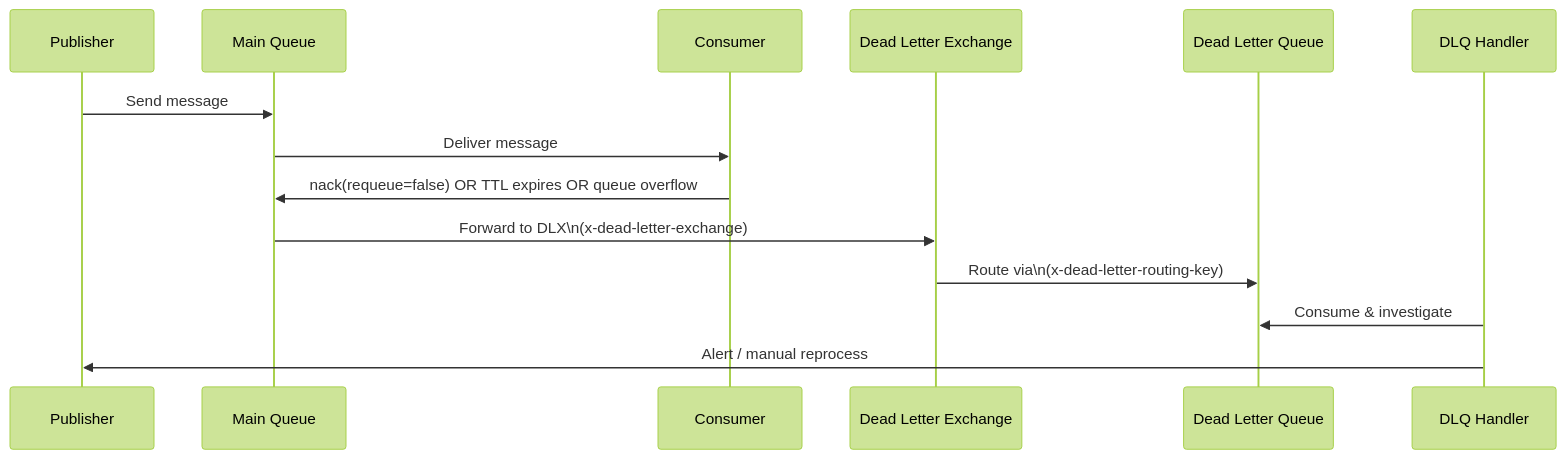
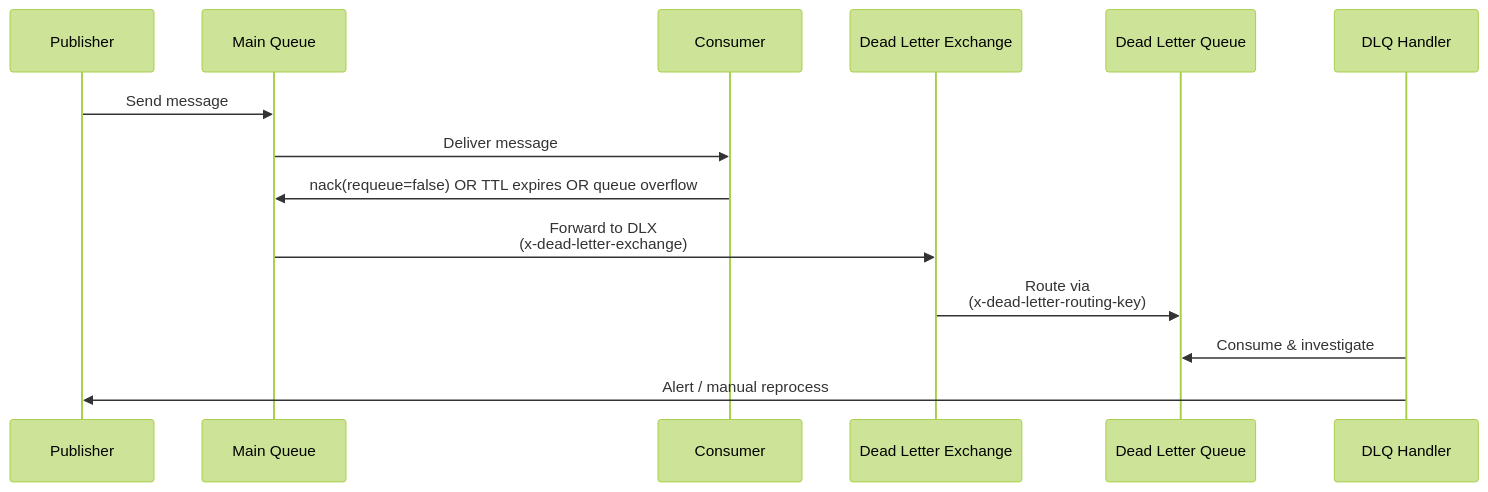
The ninth of 15 diagrams in quartz/content/Microservices-Patterns/RabbitMQ-Configuration-Deep-Dive.md (dangthobach/dangthobach.github.io), drawn with Mermaid (forest theme) before and after one commit. The commit also changed other lines of this file and 114 other files, not shown here.

````diff
--- a/quartz/content/Microservices-Patterns/RabbitMQ-Configuration-Deep-Dive.md
+++ b/quartz/content/Microservices-Patterns/RabbitMQ-Configuration-Deep-Dive.md
@@ -277,17 +277,17 @@
 ```mermaid
 sequenceDiagram
     participant P as Publisher
     participant Q as Main Queue
     participant C as Consumer
     participant DLX as Dead Letter Exchange
     participant DLQ as Dead Letter Queue
     participant DLH as DLQ Handler
 
     P->>Q: Send message
     Q->>C: Deliver message
     C->>Q: nack(requeue=false) OR TTL expires OR queue overflow
-    Q->>DLX: Forward to DLX\n(x-dead-letter-exchange)
-    DLX->>DLQ: Route via\n(x-dead-letter-routing-key)
+    Q->>DLX: Forward to DLX<br/>(x-dead-letter-exchange)
+    DLX->>DLQ: Route via<br/>(x-dead-letter-routing-key)
     DLH->>DLQ: Consume & investigate
     DLH->>P: Alert / manual reprocess
 ```
````
